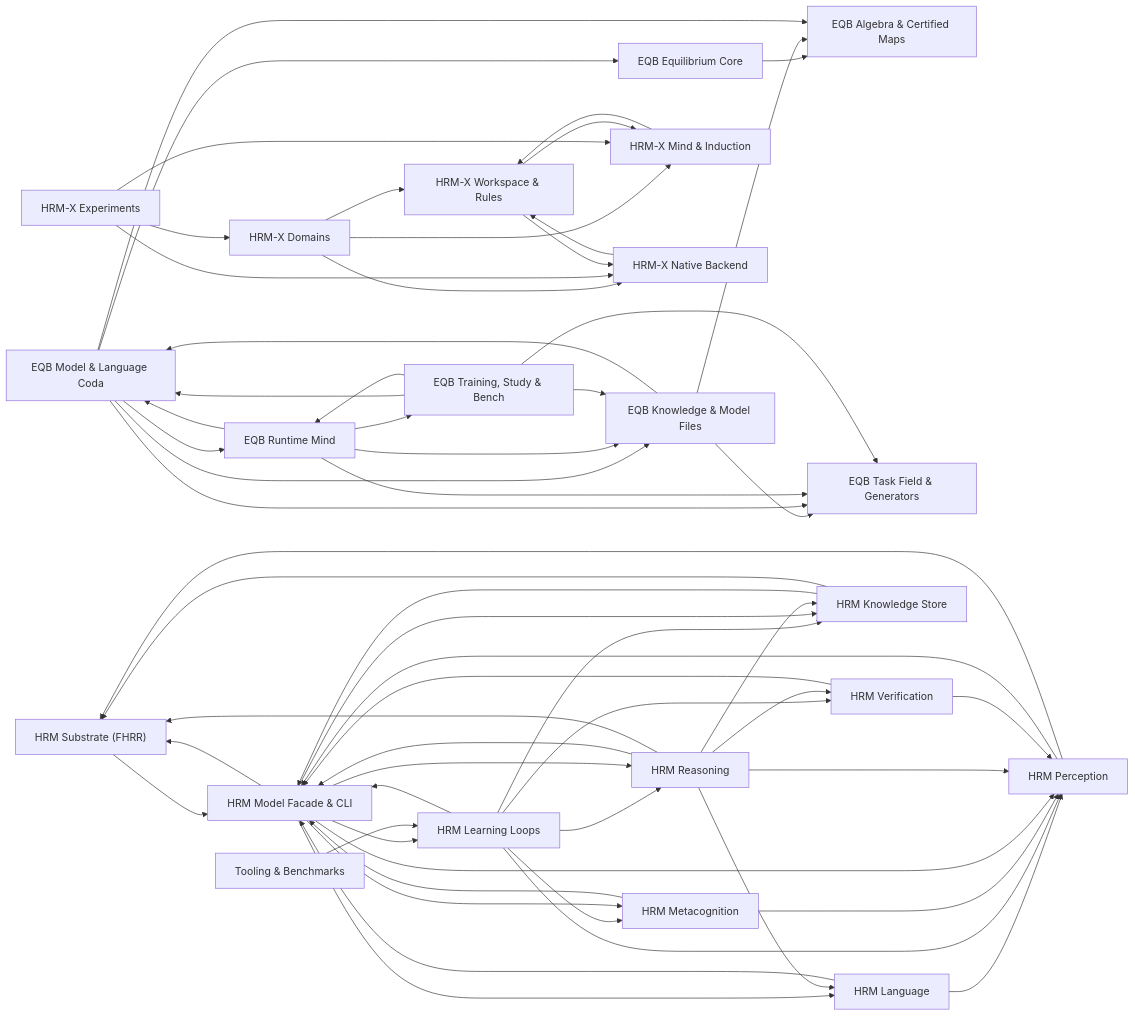
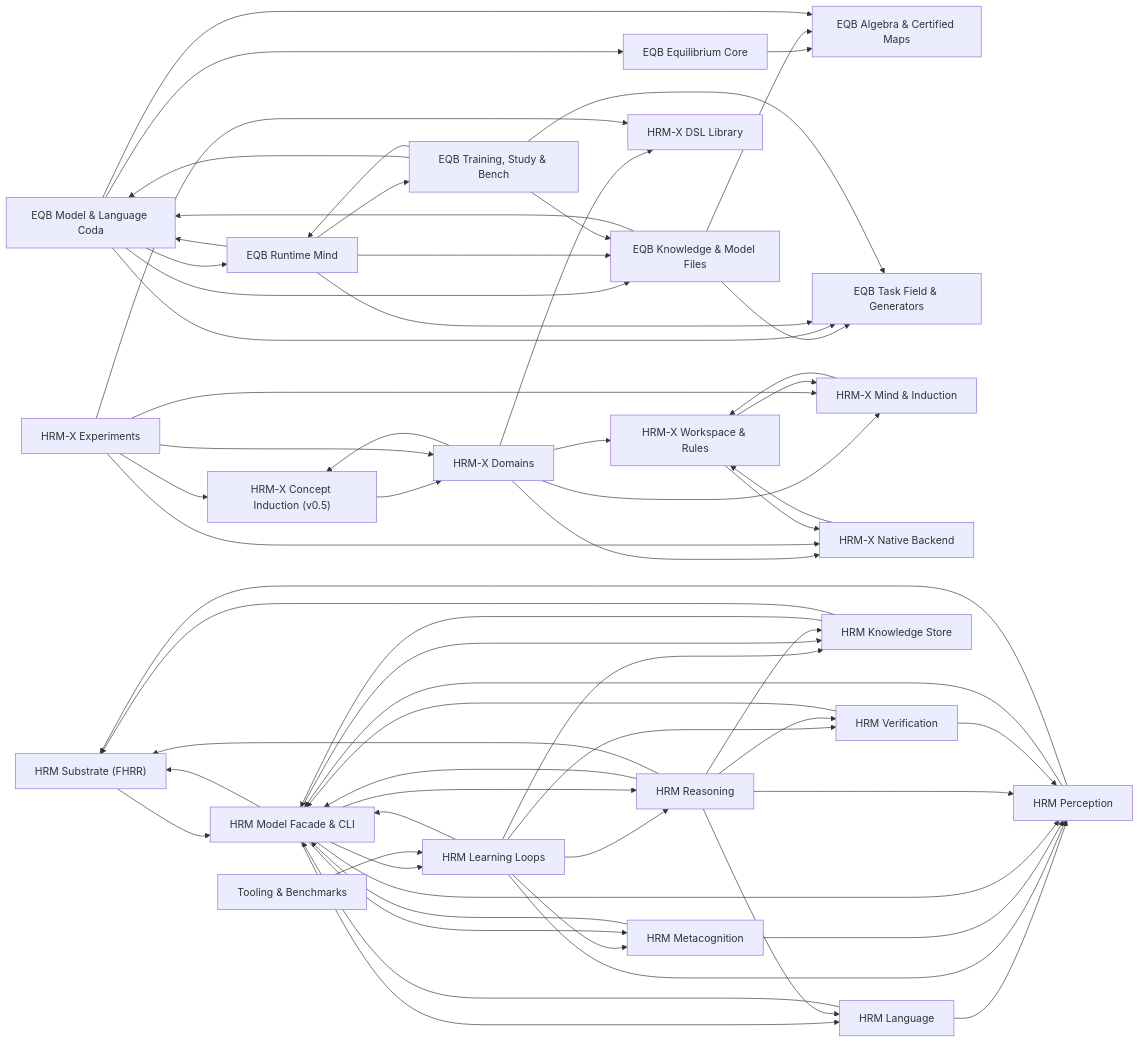
The diagram in vault/09 - Code Map/00 - Code Subsystems.md (QuangNguyenPT/Demo-Equilibrium), drawn with Mermaid before and after one commit. The commit also changed other lines of this file and 100 other files, not shown here.

````diff
--- a/vault/09 - Code Map/00 - Code Subsystems.md
+++ b/vault/09 - Code Map/00 - Code Subsystems.md
@@ -51,19 +61,21 @@
   S6["EQB Training, Study & Bench"]
   S7["HRM-X Workspace & Rules"]
   S8["HRM-X Mind & Induction"]
-  S9["HRM-X Domains"]
-  S10["HRM-X Native Backend"]
-  S11["HRM-X Experiments"]
-  S12["HRM Substrate (FHRR)"]
-  S13["HRM Perception"]
-  S14["HRM Reasoning"]
-  S15["HRM Verification"]
-  S16["HRM Knowledge Store"]
-  S17["HRM Language"]
-  S18["HRM Metacognition"]
-  S19["HRM Learning Loops"]
-  S20["HRM Model Facade & CLI"]
-  S21["Tooling & Benchmarks"]
+  S9["HRM-X DSL Library"]
+  S10["HRM-X Concept Induction (v0.5)"]
+  S11["HRM-X Domains"]
+  S12["HRM-X Native Backend"]
+  S13["HRM-X Experiments"]
+  S14["HRM Substrate (FHRR)"]
+  S15["HRM Perception"]
+  S16["HRM Reasoning"]
+  S17["HRM Verification"]
+  S18["HRM Knowledge Store"]
+  S19["HRM Language"]
+  S20["HRM Metacognition"]
+  S21["HRM Learning Loops"]
+  S22["HRM Model Facade & CLI"]
+  S23["Tooling & Benchmarks"]
   S1 --> S0
   S4 --> S0
   S4 --> S2
@@ -81,45 +93,50 @@
   S6 --> S2
   S6 --> S5
   S6 --> S3
-  S16 --> S20
-  S16 --> S12
-  S17 --> S20
-  S17 --> S13
-  S19 --> S16
-  S19 --> S18
-  S19 --> S20
-  S19 --> S13
-  S19 --> S14
+  S18 --> S22
+  S18 --> S14
+  S19 --> S22
   S19 --> S15
-  S18 --> S20
-  S18 --> S13
-  S20 --> S16
-  S20 --> S17
-  S20 --> S19
-  S20 --> S18
-  S20 --> S13
-  S20 --> S14
-  S20 --> S12
-  S13 --> S20
-  S13 --> S12
-  S14 --> S16
-  S14 --> S17
-  S14 --> S20
-  S14 --> S13
-  S14 --> S12
-  S14 --> S15
-  S12 --> S20
-  S15 --> S20
-  S15 --> S13
-  S9 --> S8
-  S9 --> S10
-  S9 --> S7
+  S21 --> S18
+  S21 --> S20
+  S21 --> S22
+  S21 --> S15
+  S21 --> S16
+  S21 --> S17
+  S20 --> S22
+  S20 --> S15
+  S22 --> S18
+  S22 --> S19
+  S22 --> S21
+  S22 --> S20
+  S22 --> S15
+  S22 --> S16
+  S22 --> S14
+  S15 --> S22
+  S15 --> S14
+  S16 --> S18
+  S16 --> S19
+  S16 --> S22
+  S16 --> S15
+  S16 --> S14
+  S16 --> S17
+  S14 --> S22
+  S17 --> S22
+  S17 --> S15
+  S10 --> S11
+  S11 --> S10
   S11 --> S9
   S11 --> S8
-  S11 --> S10
+  S11 --> S12
+  S11 --> S7
+  S13 --> S10
+  S13 --> S9
+  S13 --> S11
+  S13 --> S8
+  S13 --> S12
   S8 --> S7
-  S10 --> S7
+  S12 --> S7
   S7 --> S8
-  S7 --> S10
-  S21 --> S19
+  S7 --> S12
+  S23 --> S21
 ```
````
